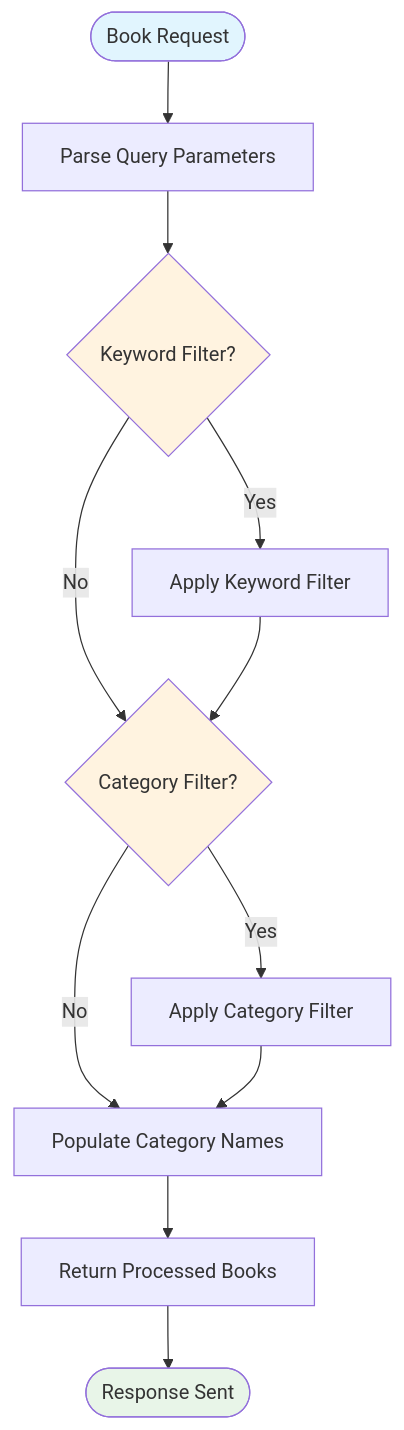
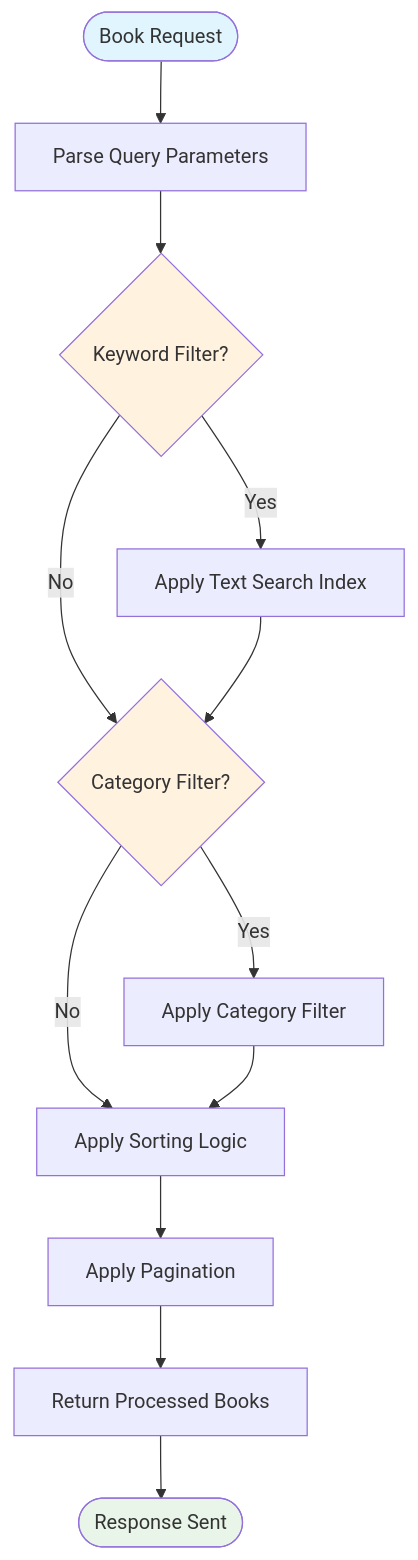
One commit to ganesh-NB/readsphere changed the fourth of 8 diagrams in .qoder/repowiki/en/content/Data Models and Database Schema/Mock Database Implementation.md. Above: the diagram before and after it, drawn with Mermaid. The commit also changed other lines of this file and 46 other files, not shown here.

````diff
--- a/.qoder/repowiki/en/content/Data Models and Database Schema/Mock Database Implementation.md
+++ b/.qoder/repowiki/en/content/Data Models and Database Schema/Mock Database Implementation.md
@@ -214,17 +249,18 @@
 ```mermaid
 flowchart TD
 Start([Book Request]) --> ParseQuery["Parse Query Parameters"]
 ParseQuery --> KeywordFilter{"Keyword Filter?"}
-KeywordFilter --> |Yes| ApplyKeyword["Apply Keyword Filter"]
+KeywordFilter --> |Yes| ApplyTextSearch["Apply Text Search Index"]
 KeywordFilter --> |No| CategoryFilter
-ApplyKeyword --> CategoryFilter{"Category Filter?"}
+ApplyTextSearch --> CategoryFilter{"Category Filter?"}
 CategoryFilter --> |Yes| ApplyCategory["Apply Category Filter"]
-CategoryFilter --> |No| PopulateCategories
-ApplyCategory --> PopulateCategories["Populate Category Names"]
-PopulateCategories --> ReturnResults["Return Processed Books"]
+CategoryFilter --> |No| SortResults["Apply Sorting Logic"]
+ApplyCategory --> SortResults
+SortResults --> Pagination["Apply Pagination"]
+Pagination --> ReturnResults["Return Processed Books"]
 ReturnResults --> End([Response Sent])
 style Start fill:#e1f5fe
 style End fill:#e8f5e8
 style KeywordFilter fill:#fff3e0
 style CategoryFilter fill:#fff3e0
 ```
````
